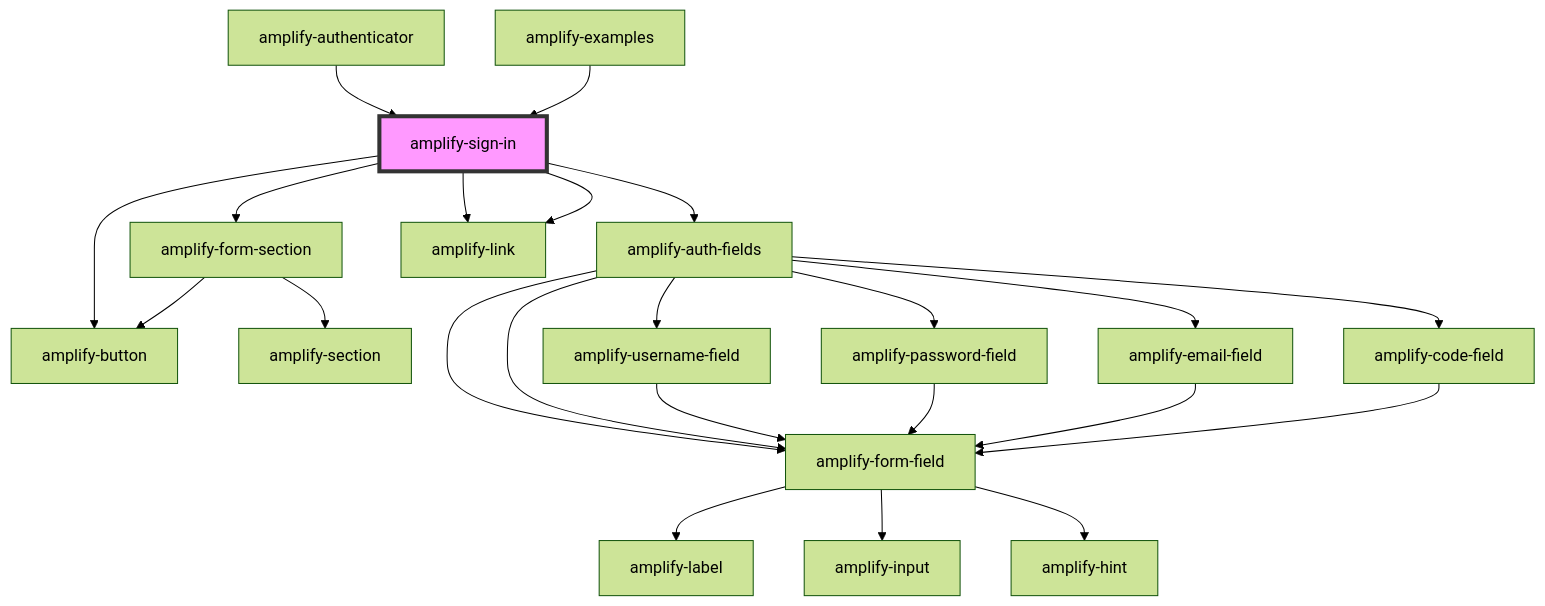
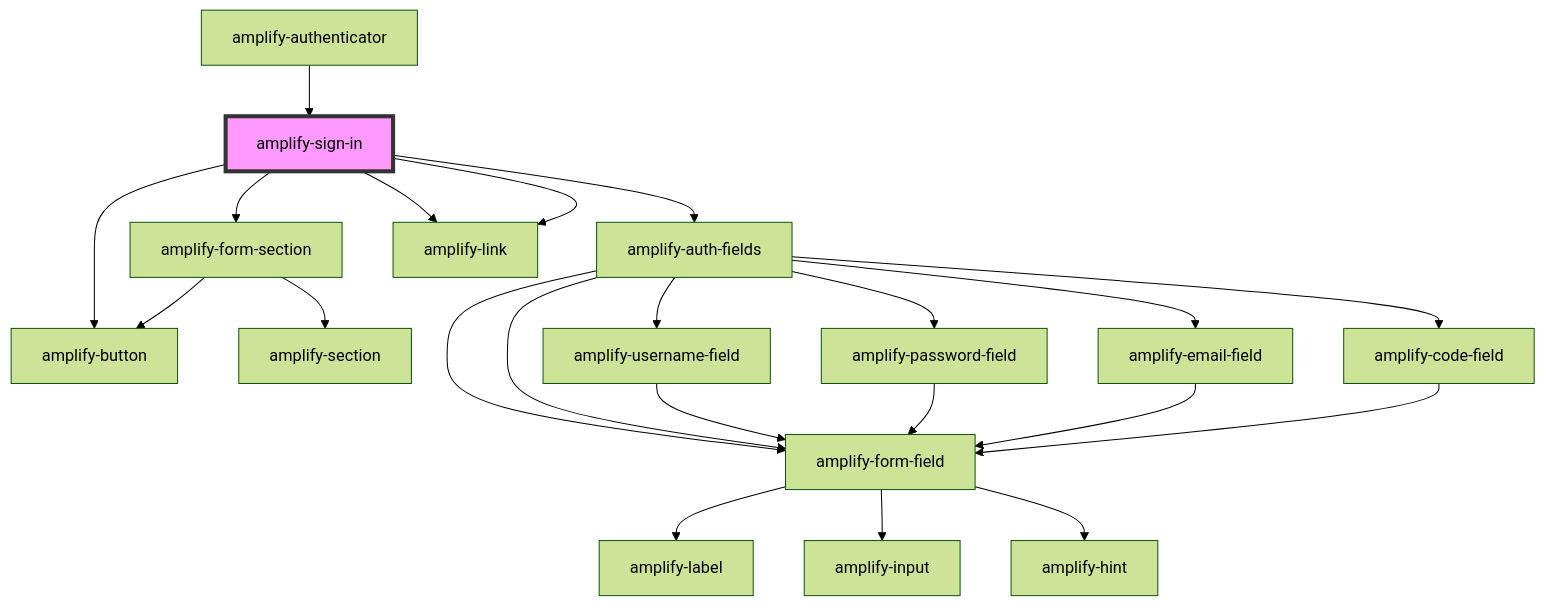
One commit to aws-amplify/amplify-js changed the diagram in packages/amplify-ui-components/src/components/amplify-sign-in/readme.md. Above: the diagram before and after it, drawn with Mermaid (forest theme). The commit also changed other lines of this file and 15 other files, not shown here.

````diff
--- a/packages/amplify-ui-components/src/components/amplify-sign-in/readme.md
+++ b/packages/amplify-ui-components/src/components/amplify-sign-in/readme.md
@@ -36,26 +35,25 @@
 ```mermaid
 graph TD;
   amplify-sign-in --> amplify-form-section
   amplify-sign-in --> amplify-auth-fields
   amplify-sign-in --> amplify-link
   amplify-sign-in --> amplify-link
   amplify-sign-in --> amplify-button
   amplify-form-section --> amplify-section
   amplify-form-section --> amplify-button
   amplify-auth-fields --> amplify-username-field
   amplify-auth-fields --> amplify-password-field
   amplify-auth-fields --> amplify-email-field
   amplify-auth-fields --> amplify-code-field
   amplify-auth-fields --> amplify-form-field
   amplify-auth-fields --> amplify-form-field
   amplify-username-field --> amplify-form-field
   amplify-form-field --> amplify-label
   amplify-form-field --> amplify-input
   amplify-form-field --> amplify-hint
   amplify-password-field --> amplify-form-field
   amplify-email-field --> amplify-form-field
   amplify-code-field --> amplify-form-field
   amplify-authenticator --> amplify-sign-in
-  amplify-examples --> amplify-sign-in
   style amplify-sign-in fill:#f9f,stroke:#333,stroke-width:4px
 ```
````
